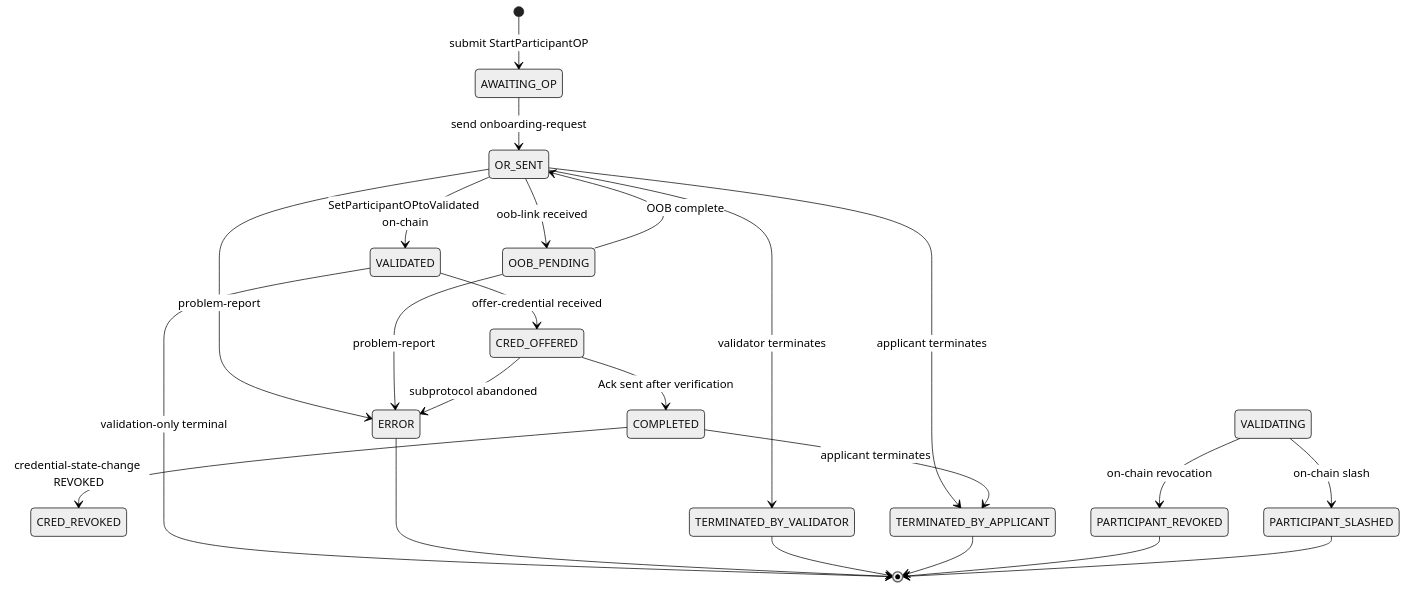
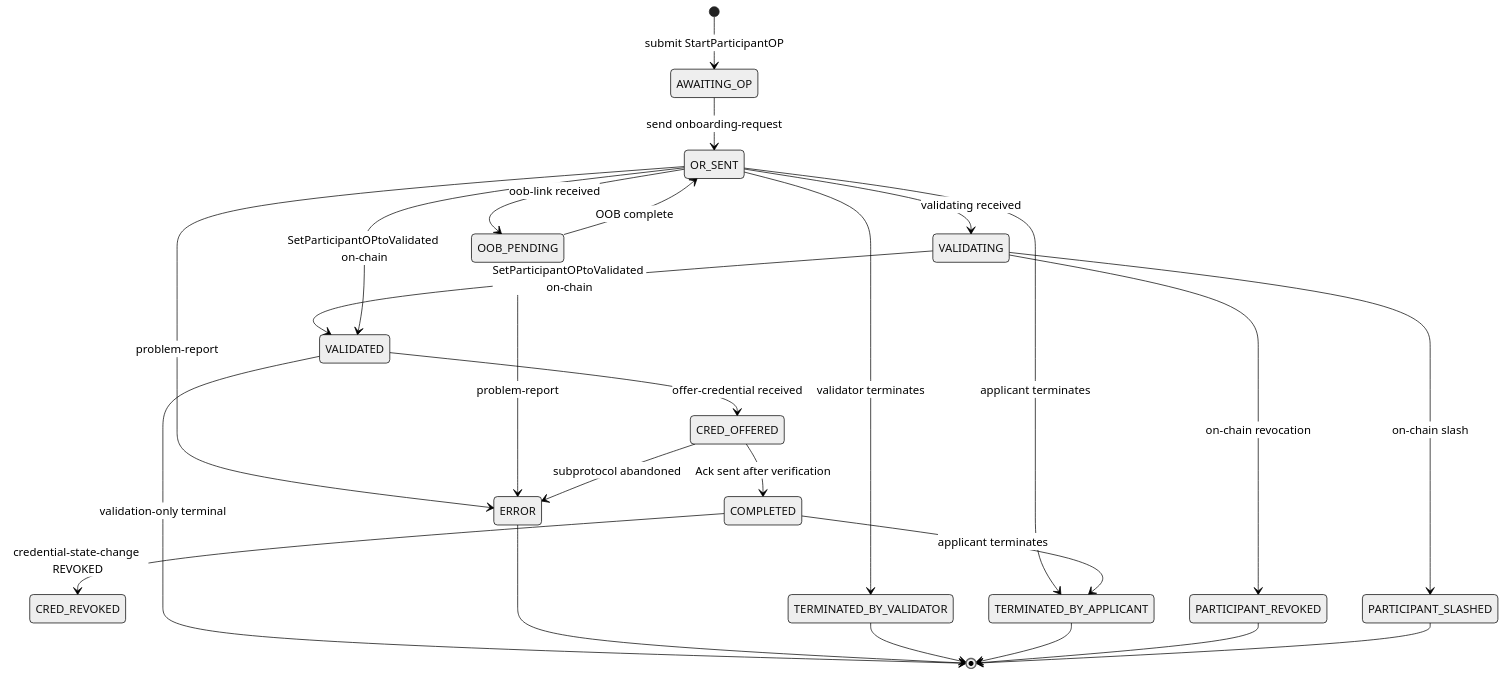
One commit to verana-labs/verana-spec changed the first of 4 diagrams in v4/vt-flow-protocol/spec.md. Above: the diagram before and after it, drawn with Mermaid (neutral theme).

````diff
--- a/v4/vt-flow-protocol/spec.md
+++ b/v4/vt-flow-protocol/spec.md
@@ -444,28 +444,30 @@
 ```mermaid
 stateDiagram-v2
     direction TB
     [*] --> AWAITING_OP: submit StartParticipantOP
     AWAITING_OP --> OR_SENT: send onboarding-request
     OR_SENT --> OOB_PENDING: oob-link received
     OOB_PENDING --> OR_SENT: OOB complete
+    OR_SENT --> VALIDATING: validating received
+    VALIDATING --> VALIDATED: SetParticipantOPtoValidated on-chain
     OR_SENT --> VALIDATED: SetParticipantOPtoValidated on-chain
     VALIDATED --> CRED_OFFERED: offer-credential received
     CRED_OFFERED --> COMPLETED: Ack sent after verification
 
     VALIDATED --> [*]: validation-only terminal
     COMPLETED --> CRED_REVOKED: credential-state-change REVOKED
 
     OR_SENT --> ERROR: problem-report
     OOB_PENDING --> ERROR: problem-report
     CRED_OFFERED --> ERROR: subprotocol abandoned
     OR_SENT --> TERMINATED_BY_VALIDATOR: validator terminates
     VALIDATING --> PARTICIPANT_REVOKED: on-chain revocation
     VALIDATING --> PARTICIPANT_SLASHED: on-chain slash
     OR_SENT --> TERMINATED_BY_APPLICANT: applicant terminates
     COMPLETED --> TERMINATED_BY_APPLICANT: applicant terminates
     ERROR --> [*]
     TERMINATED_BY_VALIDATOR --> [*]
     TERMINATED_BY_APPLICANT --> [*]
     PARTICIPANT_REVOKED --> [*]
     PARTICIPANT_SLASHED --> [*]
 ```
````
